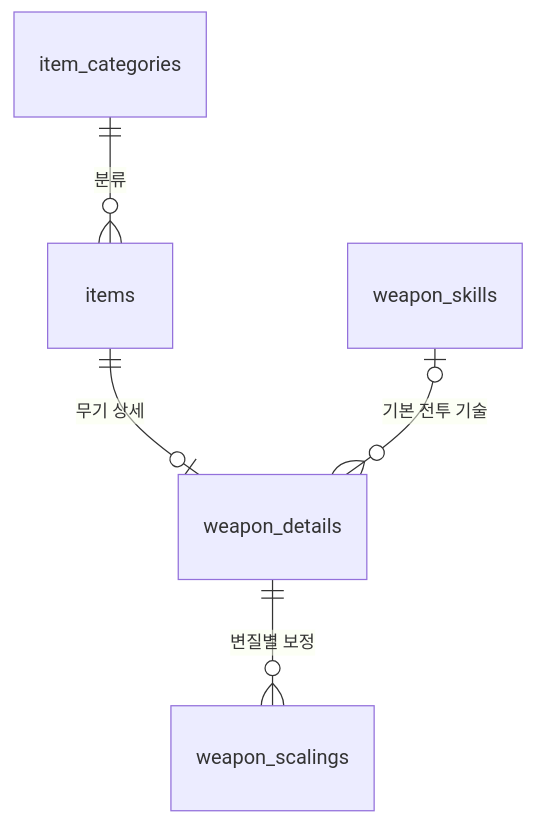
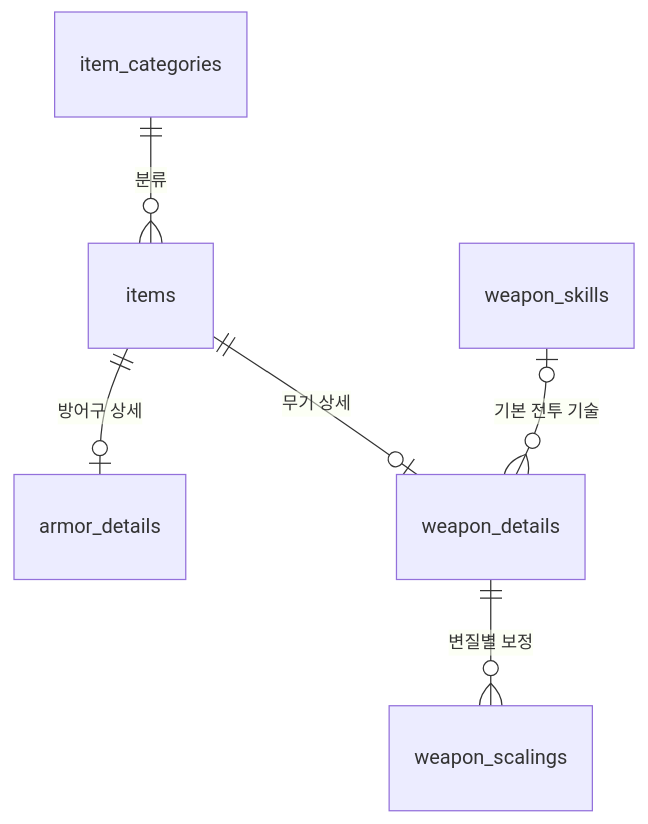
Before and after one commit to qpow1018/elden-wiki: the diagram in docs/DATABASE.md, drawn with Mermaid. The commit also changed other lines of this file and 6 other files, not shown here.

````diff
--- a/docs/DATABASE.md
+++ b/docs/DATABASE.md
@@ -34,7 +34,8 @@
 ```mermaid
 erDiagram
   item_categories ||--o{ items : "분류"
+  items ||--o| armor_details : "방어구 상세"
   items ||--o| weapon_details : "무기 상세"
   weapon_skills o|--o{ weapon_details : "기본 전투 기술"
   weapon_details ||--o{ weapon_scalings : "변질별 보정"
 ```
````
